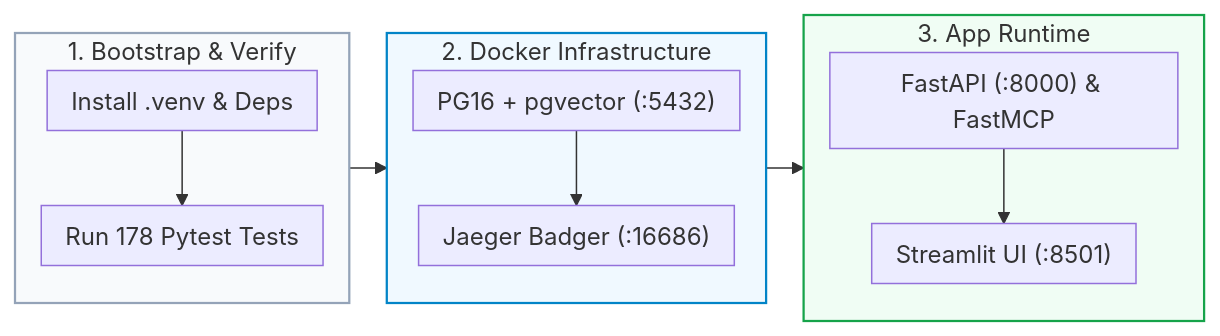
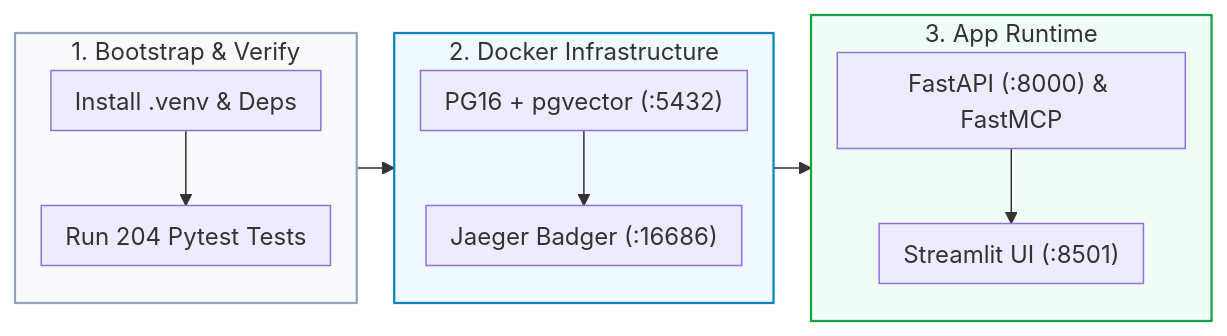
The third of 7 diagrams in README.md (Kenono2000/enterprise-rag-pgvector-rbac), drawn with Mermaid before and after one commit. The commit also changed other lines of this file and 3 other files, not shown here.

````diff
--- a/README.md
+++ b/README.md
@@ -83,20 +84,20 @@
 ```mermaid
 %%{init: {'flowchart': {'nodeSpacing': 15, 'rankSpacing': 25, 'padding': 8}}}%%
 flowchart LR
     subgraph DevBootstrap ["1. Bootstrap & Verify"]
         direction TB
-        Venv["Install .venv & Deps"] --> Pytest["Run 178 Pytest Tests"]
+        Venv["Install .venv & Deps"] --> Pytest["Run 204 Pytest Tests"]
     end
     subgraph Containers ["2. Docker Infrastructure"]
         direction TB
         PG16["PG16 + pgvector (:5432)"] --> Jaeger["Jaeger Badger (:16686)"]
     end
     subgraph Services ["3. App Runtime"]
         direction TB
         FastAPI["FastAPI (:8000) & FastMCP"] --> Streamlit["Streamlit UI (:8501)"]
     end
     DevBootstrap --> Containers --> Services
     style DevBootstrap fill:#f8fafc,stroke:#94a3b8,stroke-width:1.5px
     style Containers fill:#f0f9ff,stroke:#0284c7,stroke-width:1.5px
     style Services fill:#f0fdf4,stroke:#16a34a,stroke-width:1.5px
 ```
````
